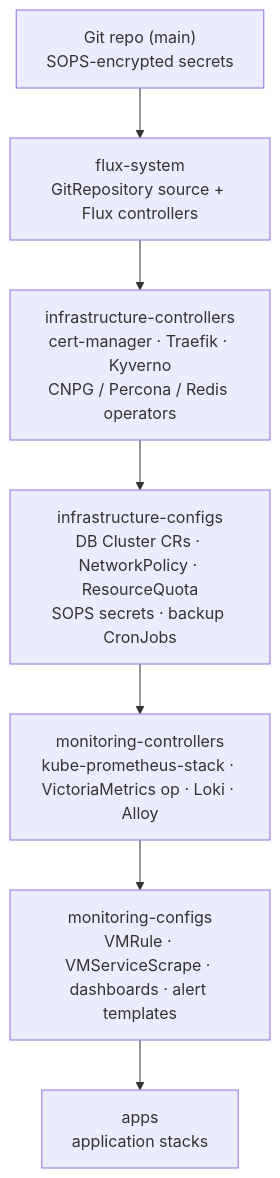
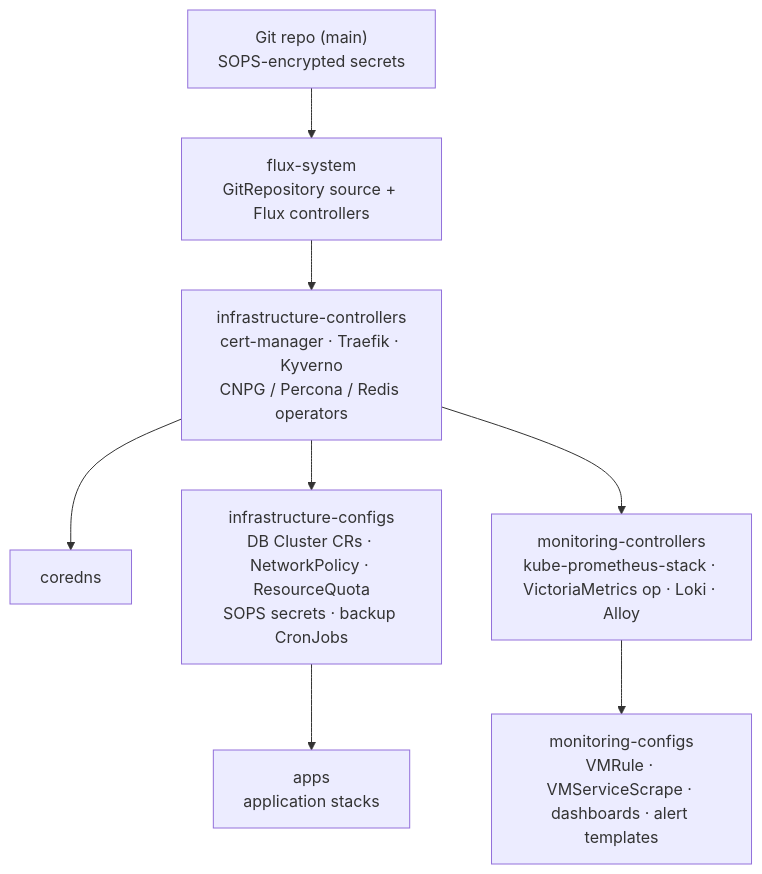
Before and after one commit to AKhozya/homelab: the second of 4 diagrams in docs/ARCHITECTURE.md, drawn with Mermaid. The commit also changed other lines of this file and 3 other files, not shown here.

Commit message:
docs: humanize architecture, system overview, security and firewall docs

````diff
--- a/docs/ARCHITECTURE.md
+++ b/docs/ARCHITECTURE.md
@@ -42,9 +44,10 @@
 ```mermaid
 flowchart TB
   G["Git repo (main)<br/>SOPS-encrypted secrets"] --> FS["flux-system<br/>GitRepository source + Flux controllers"]
   FS --> IC["infrastructure-controllers<br/>cert-manager · Traefik · Kyverno<br/>CNPG / Percona / Redis operators"]
+  IC --> CD["coredns"]
   IC --> ICF["infrastructure-configs<br/>DB Cluster CRs · NetworkPolicy · ResourceQuota<br/>SOPS secrets · backup CronJobs"]
-  ICF --> MC["monitoring-controllers<br/>kube-prometheus-stack · VictoriaMetrics op · Loki · Alloy"]
+  IC --> MC["monitoring-controllers<br/>kube-prometheus-stack · VictoriaMetrics op · Loki · Alloy"]
+  ICF --> APPS["apps<br/>application stacks"]
   MC --> MCF["monitoring-configs<br/>VMRule · VMServiceScrape · dashboards · alert templates"]
-  MCF --> APPS["apps<br/>application stacks"]
 ```
````
